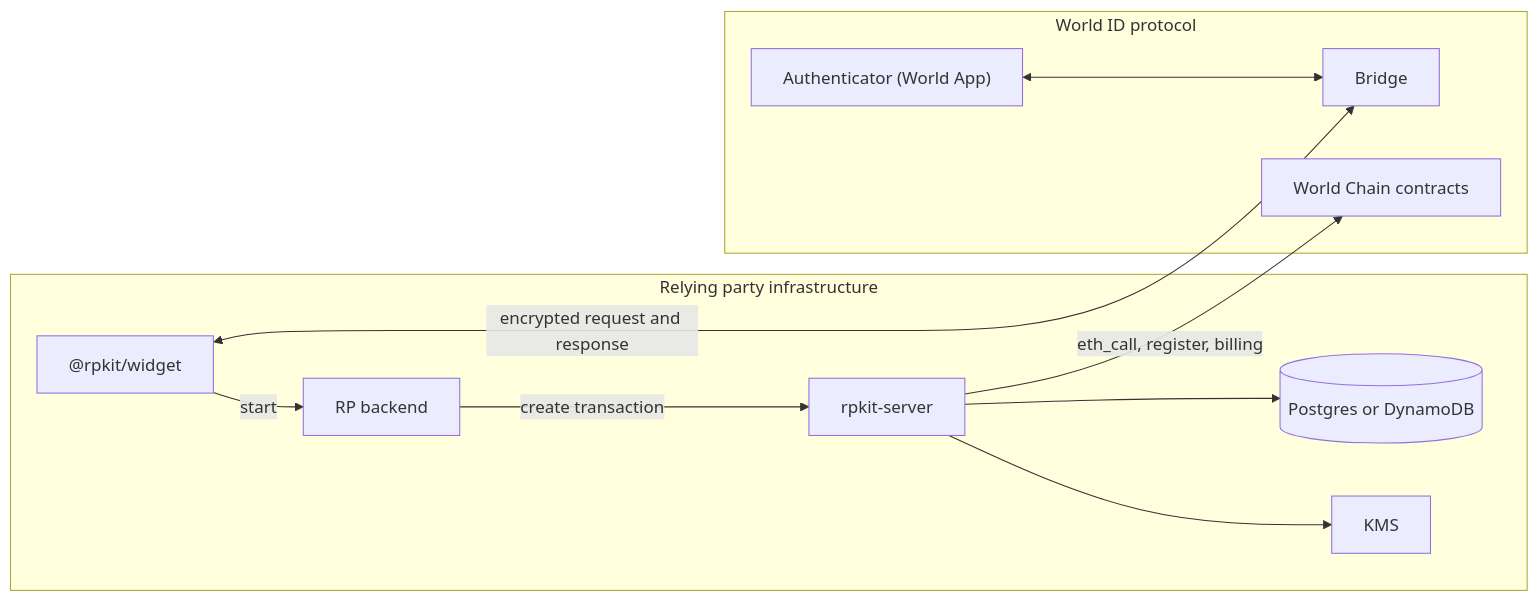
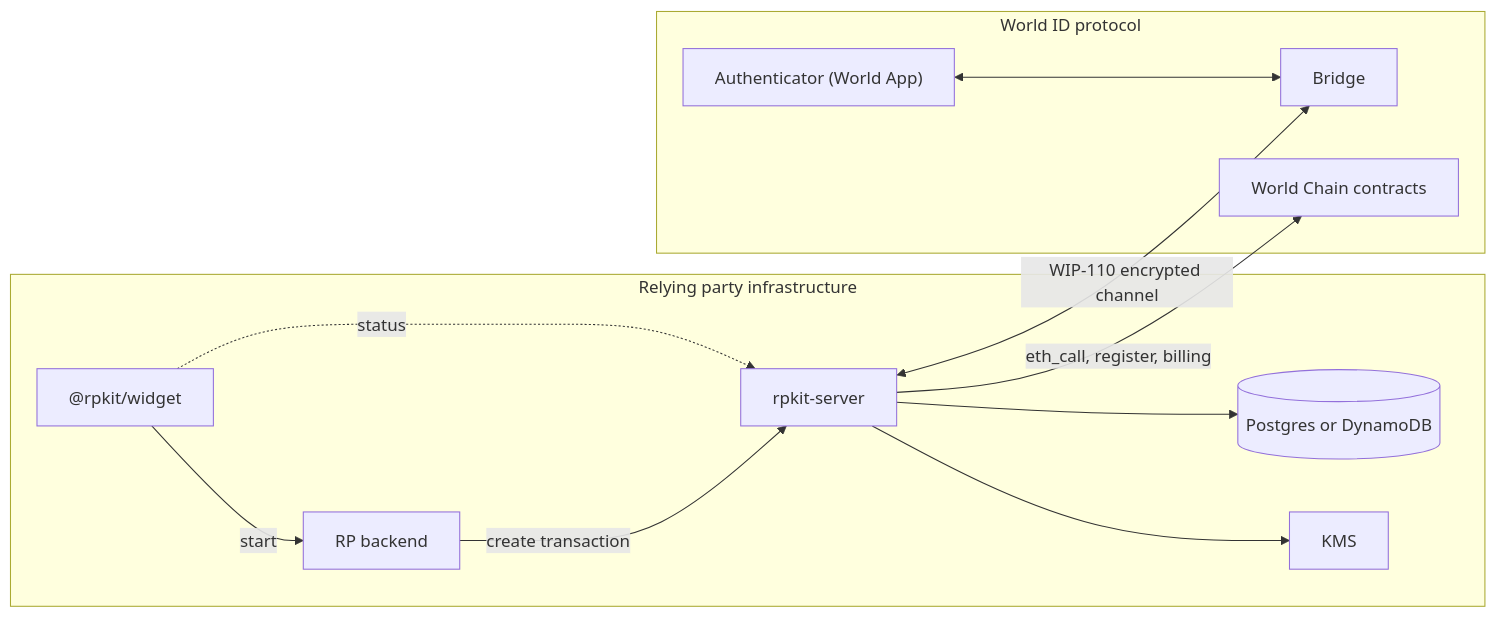
Before and after one commit to worldcoin/rpkit: the first of 2 diagrams in docs/spec.md, drawn with Mermaid. The commit also changed other lines of this file, not shown here.

Commit message:
docs: move transport to WIP-110 with rpkit-server as Initiator

````diff
--- a/docs/spec.md
+++ b/docs/spec.md
@@ -72,21 +72,22 @@
 ```mermaid
 flowchart LR
   subgraph RP["Relying party infrastructure"]
     W["@rpkit/widget"]
     B["RP backend"]
     S["rpkit-server"]
     DB[("Postgres or DynamoDB")]
     K["KMS"]
   end
   subgraph P["World ID protocol"]
     BR["Bridge"]
     A["Authenticator (World App)"]
     C["World Chain contracts"]
   end
   W -->|start| B -->|create transaction| S
   S --> DB
   S --> K
   S -->|eth_call, register, billing| C
-  W <-->|encrypted request and response| BR
+  S <-->|WIP-110 encrypted channel| BR
+  W -.->|status| S
   A <--> BR
 ```
````
